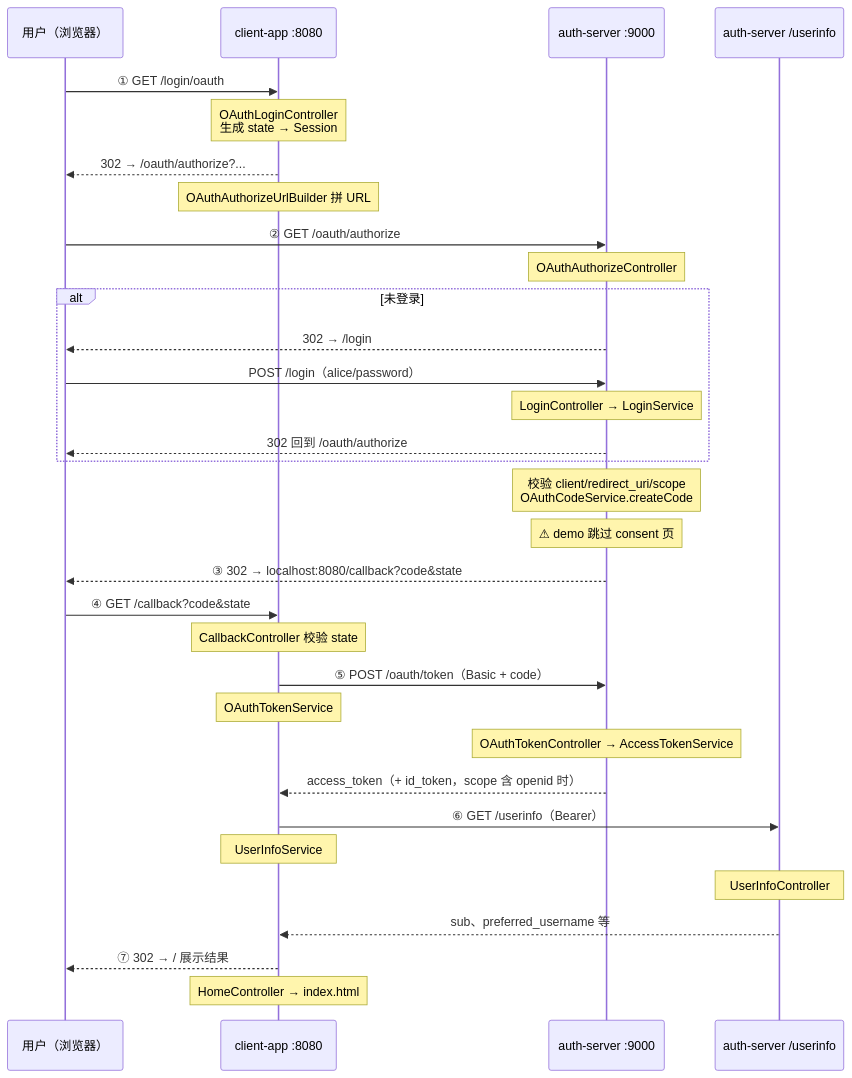
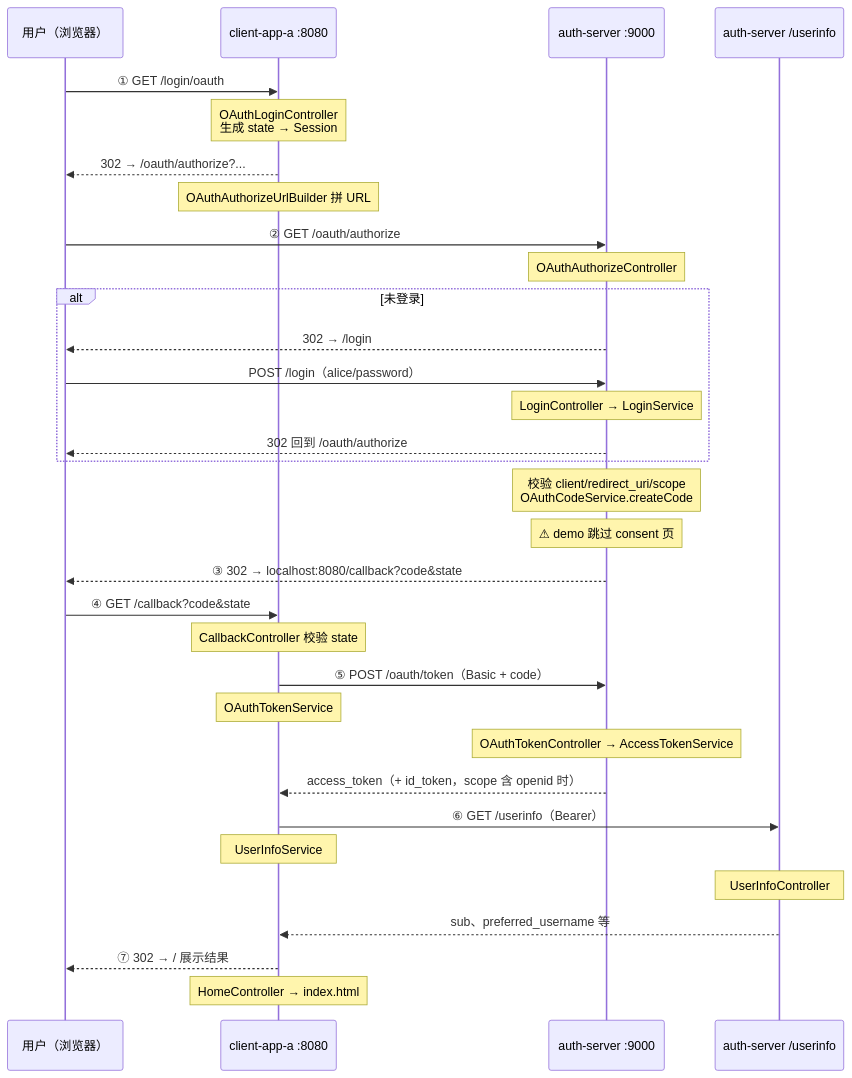
Before and after one commit to Nicander93/oauth-demo: the fifth of 5 diagrams in docs/1、oauth.md, drawn with Mermaid. The commit also changed other lines of this file and 107 other files, not shown here.

````diff
--- a/docs/1、oauth.md
+++ b/docs/1、oauth.md
@@ -312,40 +315,40 @@
 ```mermaid
 sequenceDiagram
     participant U as 用户（浏览器）
-    participant C as client-app :8080
+    participant C as client-app-a :8080
     participant A as auth-server :9000
     participant R as auth-server /userinfo
 
     U->>C: ① GET /login/oauth
     Note over C: OAuthLoginController<br/>生成 state → Session
     C-->>U: 302 → /oauth/authorize?...
     Note over C: OAuthAuthorizeUrlBuilder 拼 URL
 
     U->>A: ② GET /oauth/authorize
     Note over A: OAuthAuthorizeController
     alt 未登录
         A-->>U: 302 → /login
         U->>A: POST /login（alice/password）
         Note over A: LoginController → LoginService
         A-->>U: 302 回到 /oauth/authorize
     end
     Note over A: 校验 client/redirect_uri/scope<br/>OAuthCodeService.createCode
     Note over A: ⚠ demo 跳过 consent 页
     A-->>U: ③ 302 → localhost:8080/callback?code&state
 
     U->>C: ④ GET /callback?code&state
     Note over C: CallbackController 校验 state
 
     C->>A: ⑤ POST /oauth/token（Basic + code）
     Note over C: OAuthTokenService
     Note over A: OAuthTokenController → AccessTokenService
     A-->>C: access_token（+ id_token，scope 含 openid 时）
 
     C->>R: ⑥ GET /userinfo（Bearer）
     Note over C: UserInfoService
     Note over R: UserInfoController
     R-->>C: sub、preferred_username 等
 
     C-->>U: ⑦ 302 → / 展示结果
     Note over C: HomeController → index.html
 ```
````
